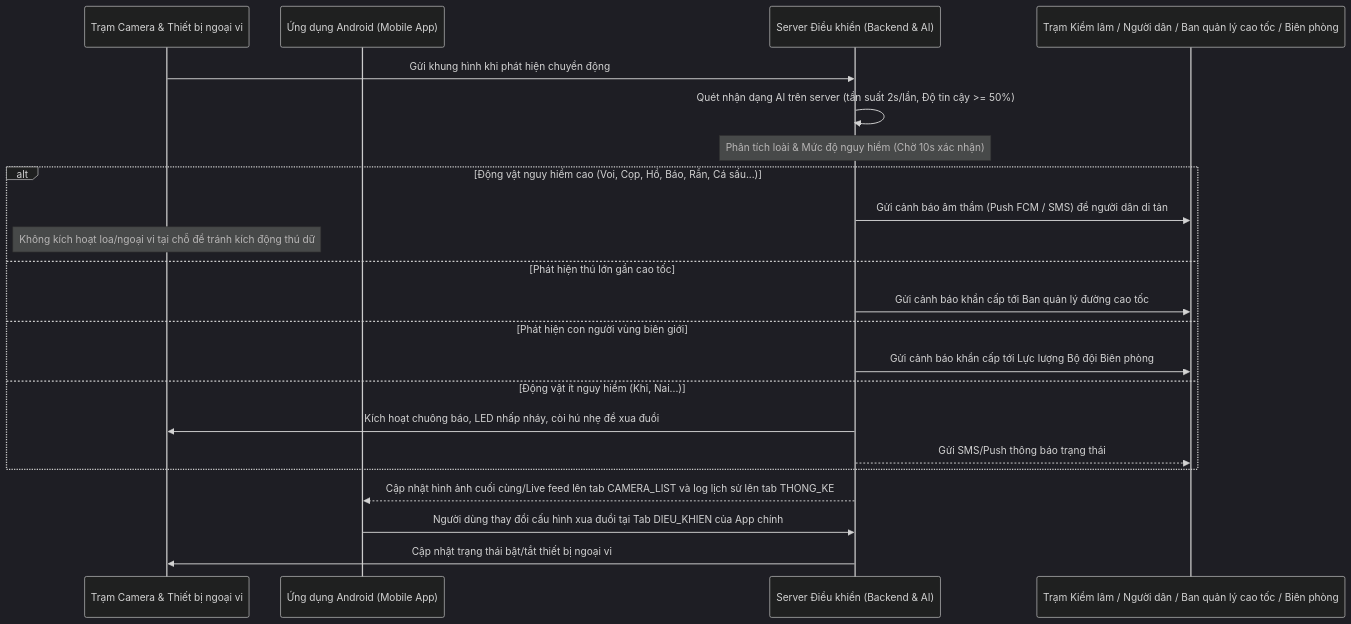
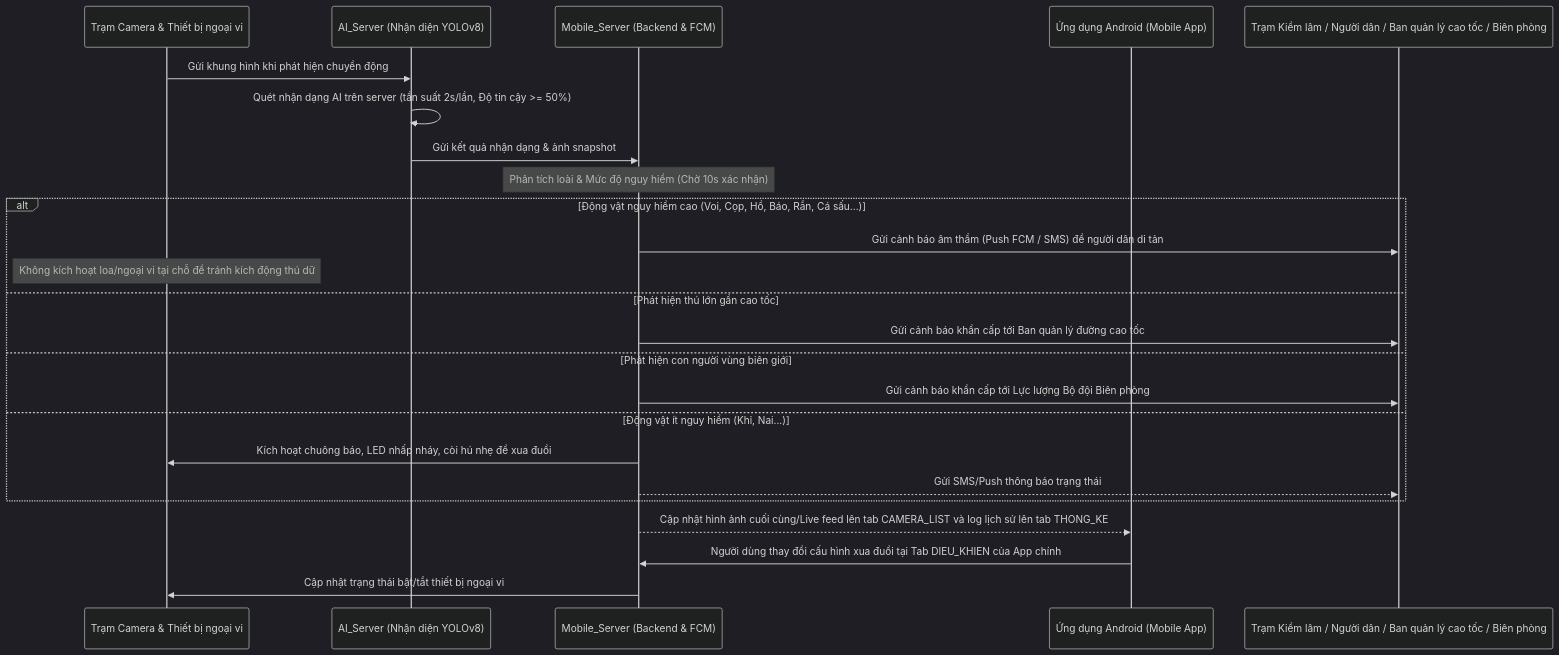
One commit to trungnguyenthien/Wildlife-Warning-and-Deterrence-System changed the third of 3 diagrams in docs/01-de-tai-nghien-cuu-canh-bao-dong-vat.md. Above: the diagram before and after it, drawn with Mermaid (dark theme). The commit also changed other lines of this file and 3 other files, not shown here.

Commit message:
docs: update system documentation, sequence diagrams, and research topic overview

````diff
--- a/docs/01-de-tai-nghien-cuu-canh-bao-dong-vat.md
+++ b/docs/01-de-tai-nghien-cuu-canh-bao-dong-vat.md
@@ -176,27 +176,29 @@
 ```mermaid
 sequenceDiagram
     participant Cam as Trạm Camera & Thiết bị ngoại vi
+    participant AIServer as AI_Server (Nhận diện YOLOv8)
+    participant MobileServer as Mobile_Server (Backend & FCM)
     participant App as Ứng dụng Android (Mobile App)
-    participant Server as Server Điều khiển (Backend & AI)
     participant Ranger as Trạm Kiểm lâm / Người dân / Ban quản lý cao tốc / Biên phòng
 
-    Cam->>Server: Gửi khung hình khi phát hiện chuyển động
-    Server->>Server: Quét nhận dạng AI trên server (tần suất 2s/lần, Độ tin cậy >= 50%)
-    Note over Server: Phân tích loài & Mức độ nguy hiểm (Chờ 10s xác nhận)
+    Cam->>AIServer: Gửi khung hình khi phát hiện chuyển động
+    AIServer->>AIServer: Quét nhận dạng AI trên server (tần suất 2s/lần, Độ tin cậy >= 50%)
+    AIServer->>MobileServer: Gửi kết quả nhận dạng & ảnh snapshot
+    Note over MobileServer: Phân tích loài & Mức độ nguy hiểm (Chờ 10s xác nhận)
 
     alt Động vật nguy hiểm cao (Voi, Cọp, Hổ, Báo, Rắn, Cá sấu...)
-        Server->>Ranger: Gửi cảnh báo âm thầm (Push FCM / SMS) để người dân di tản
+        MobileServer->>Ranger: Gửi cảnh báo âm thầm (Push FCM / SMS) để người dân di tản
         Note over Cam: Không kích hoạt loa/ngoại vi tại chỗ để tránh kích động thú dữ
     else Phát hiện thú lớn gần cao tốc
-        Server->>Ranger: Gửi cảnh báo khẩn cấp tới Ban quản lý đường cao tốc
+        MobileServer->>Ranger: Gửi cảnh báo khẩn cấp tới Ban quản lý đường cao tốc
     else Phát hiện con người vùng biên giới
-        Server->>Ranger: Gửi cảnh báo khẩn cấp tới Lực lượng Bộ đội Biên phòng
+        MobileServer->>Ranger: Gửi cảnh báo khẩn cấp tới Lực lượng Bộ đội Biên phòng
     else Động vật ít nguy hiểm (Khỉ, Nai...)
-        Server->>Cam: Kích hoạt chuông báo, LED nhấp nháy, còi hú nhẹ để xua đuổi
-        Server-->>Ranger: Gửi SMS/Push thông báo trạng thái
+        MobileServer->>Cam: Kích hoạt chuông báo, LED nhấp nháy, còi hú nhẹ để xua đuổi
+        MobileServer-->>Ranger: Gửi SMS/Push thông báo trạng thái
     end
 
-    Server-->>App: Cập nhật hình ảnh cuối cùng/Live feed lên tab CAMERA_LIST và log lịch sử lên tab THONG_KE
-    App->>Server: Người dùng thay đổi cấu hình xua đuổi tại Tab DIEU_KHIEN của App chính
-    Server->>Cam: Cập nhật trạng thái bật/tắt thiết bị ngoại vi
+    MobileServer-->>App: Cập nhật hình ảnh cuối cùng/Live feed lên tab CAMERA_LIST và log lịch sử lên tab THONG_KE
+    App->>MobileServer: Người dùng thay đổi cấu hình xua đuổi tại Tab DIEU_KHIEN của App chính
+    MobileServer->>Cam: Cập nhật trạng thái bật/tắt thiết bị ngoại vi
 ```
````
